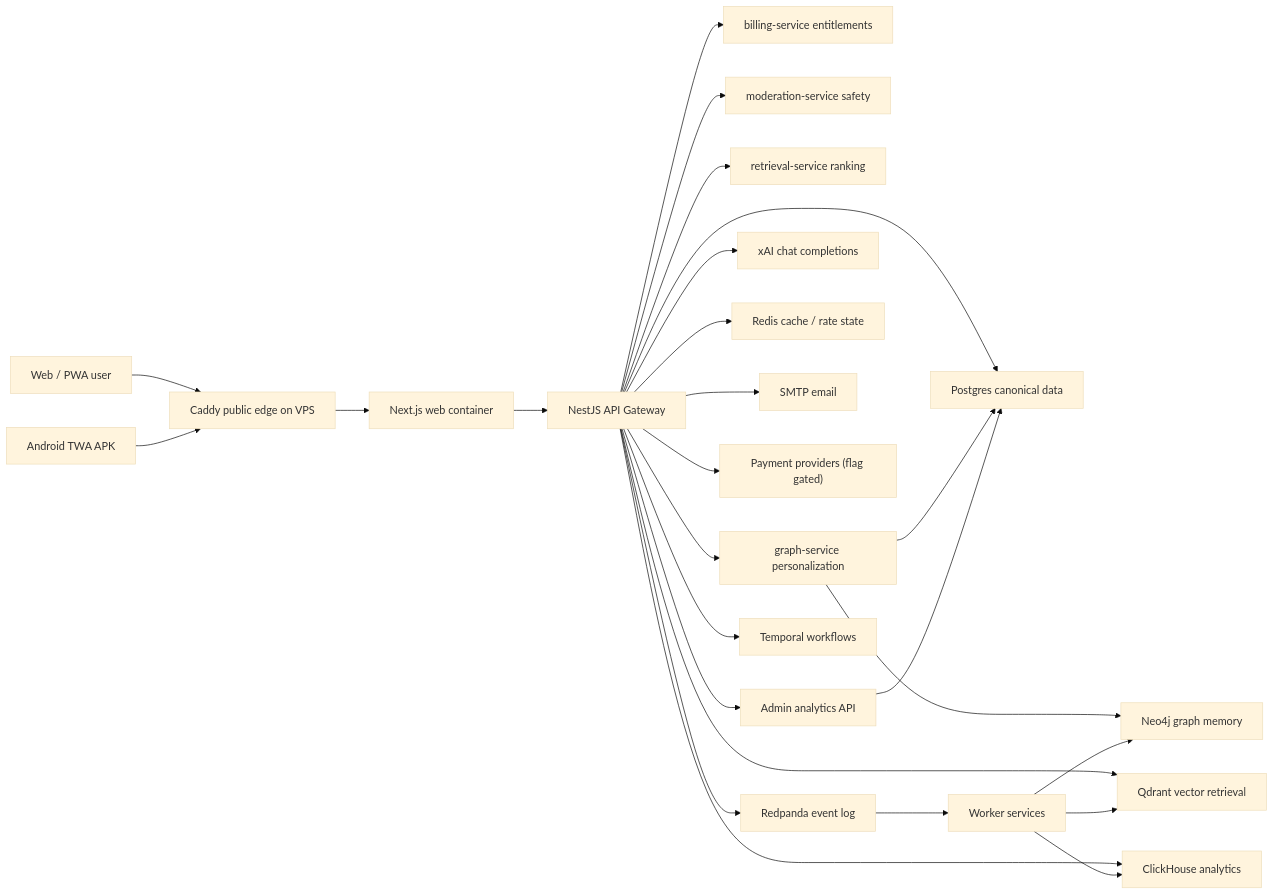
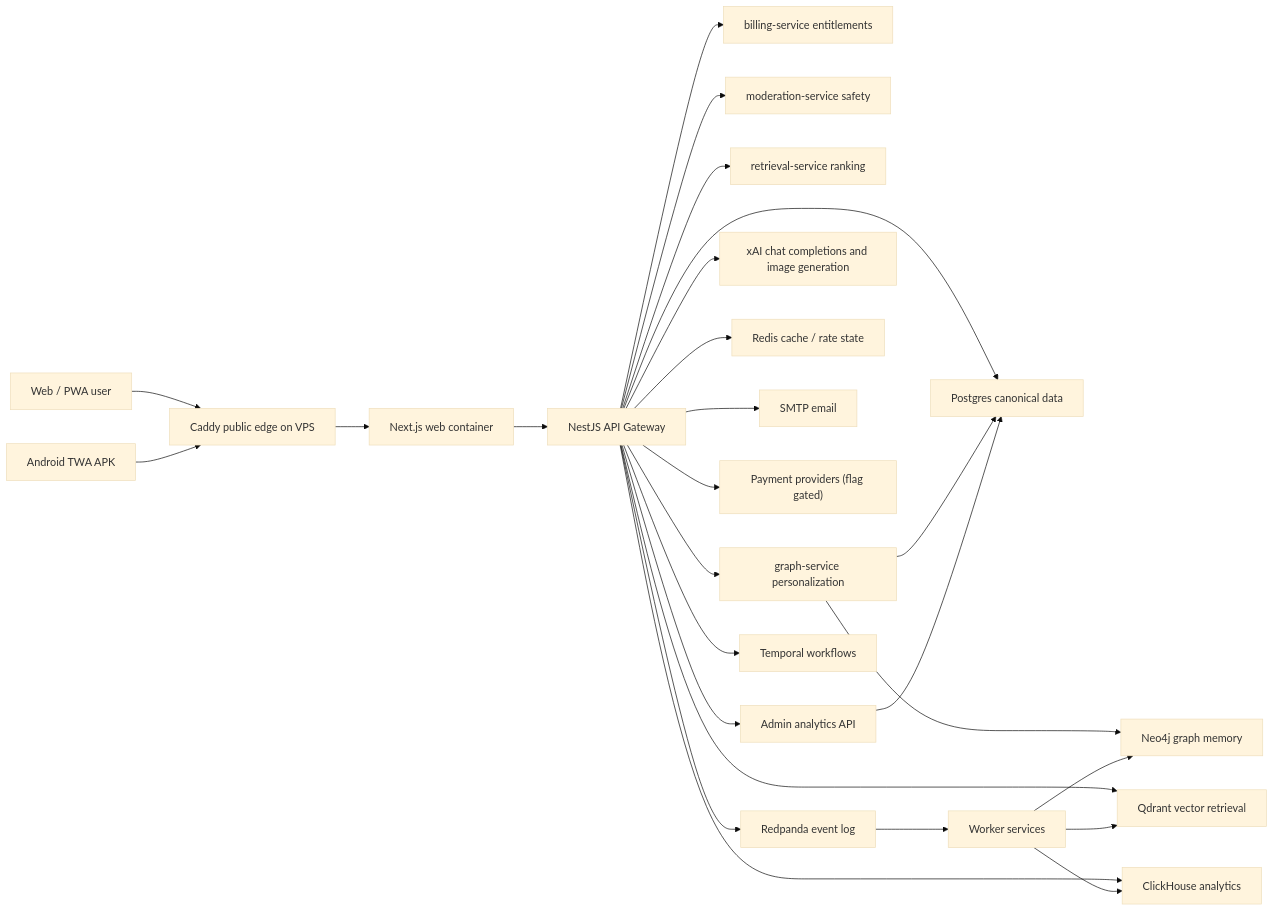
The first of 4 diagrams in docs/architecture.md (Afnanksalal/hana-chat), drawn with Mermaid (base theme) before and after one commit. The commit also changed other lines of this file and 75 other files, not shown here.

````diff
--- a/docs/architecture.md
+++ b/docs/architecture.md
@@ -7,28 +7,28 @@
 ```mermaid
 flowchart LR
   User["Web / PWA user"] --> Caddy["Caddy public edge on VPS"]
   Android["Android TWA APK"] --> Caddy
   Caddy --> Web["Next.js web container"]
   Web --> Gateway["NestJS API Gateway"]
   Gateway --> Postgres["Postgres canonical data"]
   Gateway --> BillingSvc["billing-service entitlements"]
   Gateway --> ModerationSvc["moderation-service safety"]
   Gateway --> RetrievalSvc["retrieval-service ranking"]
   Gateway --> GraphSvc["graph-service personalization"]
   GraphSvc --> Neo4j["Neo4j graph memory"]
   GraphSvc --> Postgres
   Gateway --> Qdrant["Qdrant vector retrieval"]
-  Gateway --> Xai["xAI chat completions"]
+  Gateway --> Xai["xAI chat completions and image generation"]
   Gateway --> Redis["Redis cache / rate state"]
   Gateway --> Mail["SMTP email"]
   Gateway --> Payments["Payment providers (flag gated)"]
   Gateway --> Redpanda["Redpanda event log"]
   Gateway --> Temporal["Temporal workflows"]
   Gateway --> ClickHouse["ClickHouse analytics"]
   Redpanda --> Workers["Worker services"]
   Workers --> Qdrant
   Workers --> Neo4j
   Workers --> ClickHouse
   Gateway --> Admin["Admin analytics API"]
   Admin --> Postgres
 ```
````
